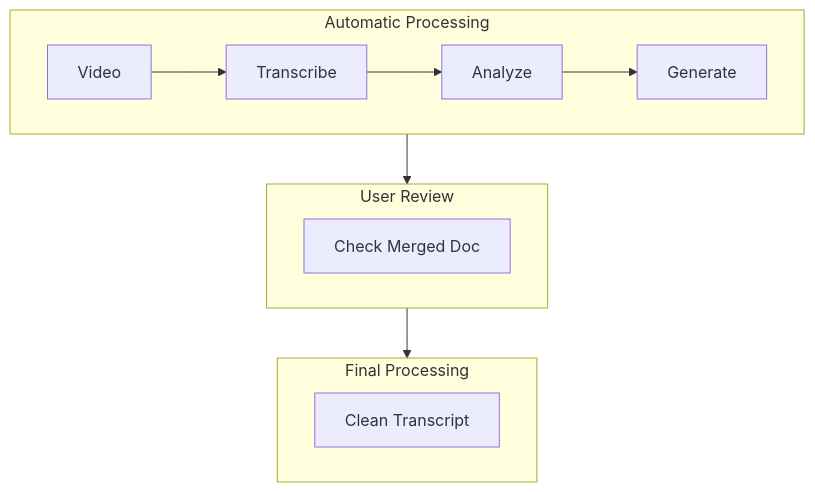
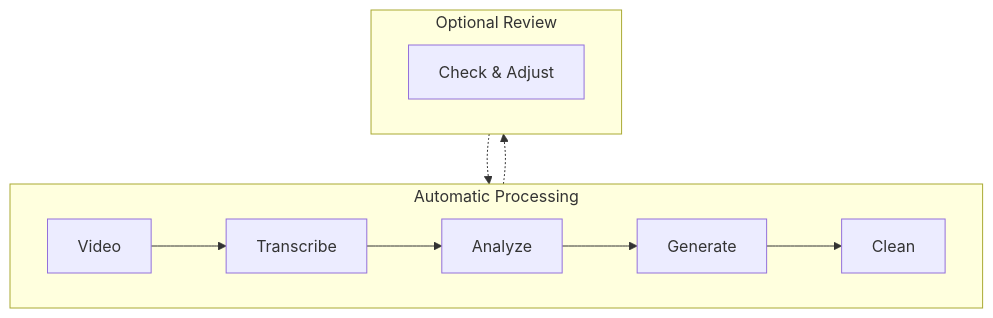
The diagram in video-add-chapters/SKILL.md (jykim/claude-obsidian-skills), drawn with Mermaid before and after one commit. The commit also changed other lines of this file, not shown here.

````diff
--- a/video-add-chapters/SKILL.md
+++ b/video-add-chapters/SKILL.md
@@ -40,14 +40,11 @@
 ```mermaid
 flowchart TB
     subgraph Auto[Automatic Processing]
         direction LR
-        A[Video] --> B[Transcribe] --> C[Analyze] --> D[Generate]
+        A[Video] --> B[Transcribe] --> C[Analyze] --> D[Generate] --> E[Clean]
     end
-    subgraph Review[User Review]
-        E[Check Merged Doc]
+    subgraph Optional[Optional Review]
+        F[Check & Adjust]
     end
-    subgraph Final[Final Processing]
-        F[Clean Transcript]
-    end
-    Auto --> Review --> Final
+    Auto -.-> Optional -.-> Auto
 ```
````
